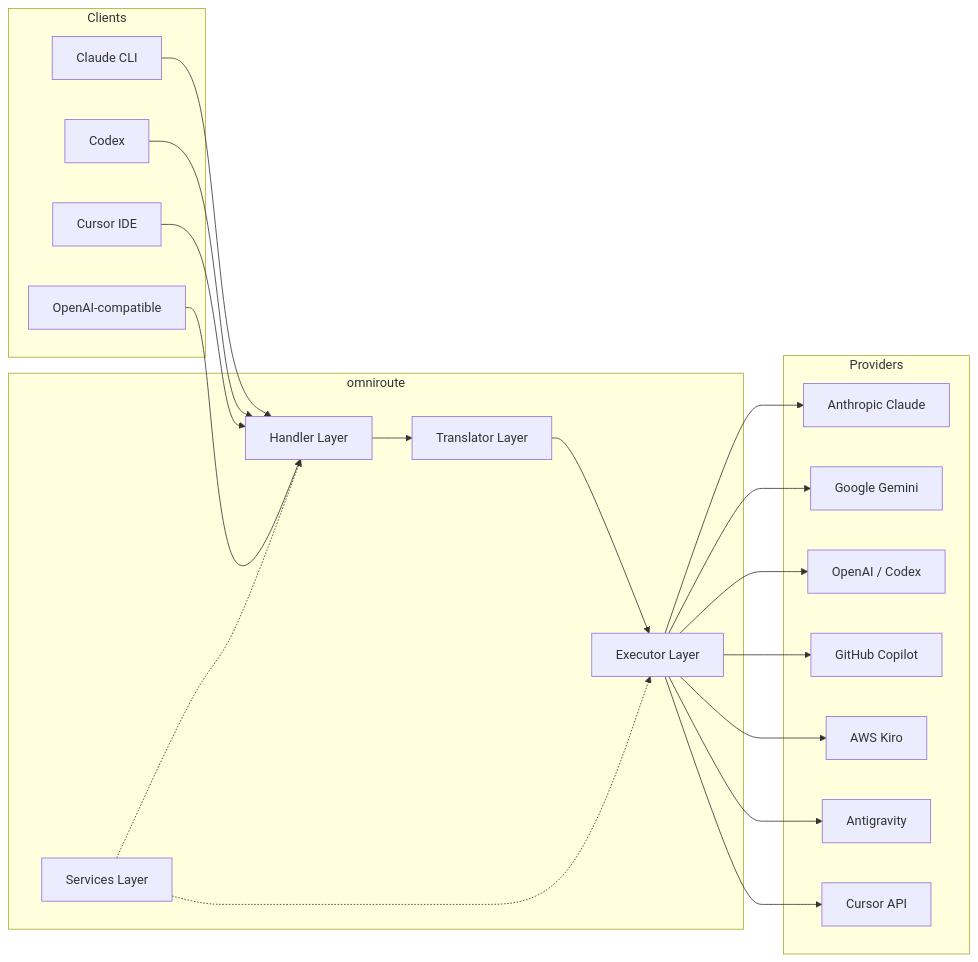
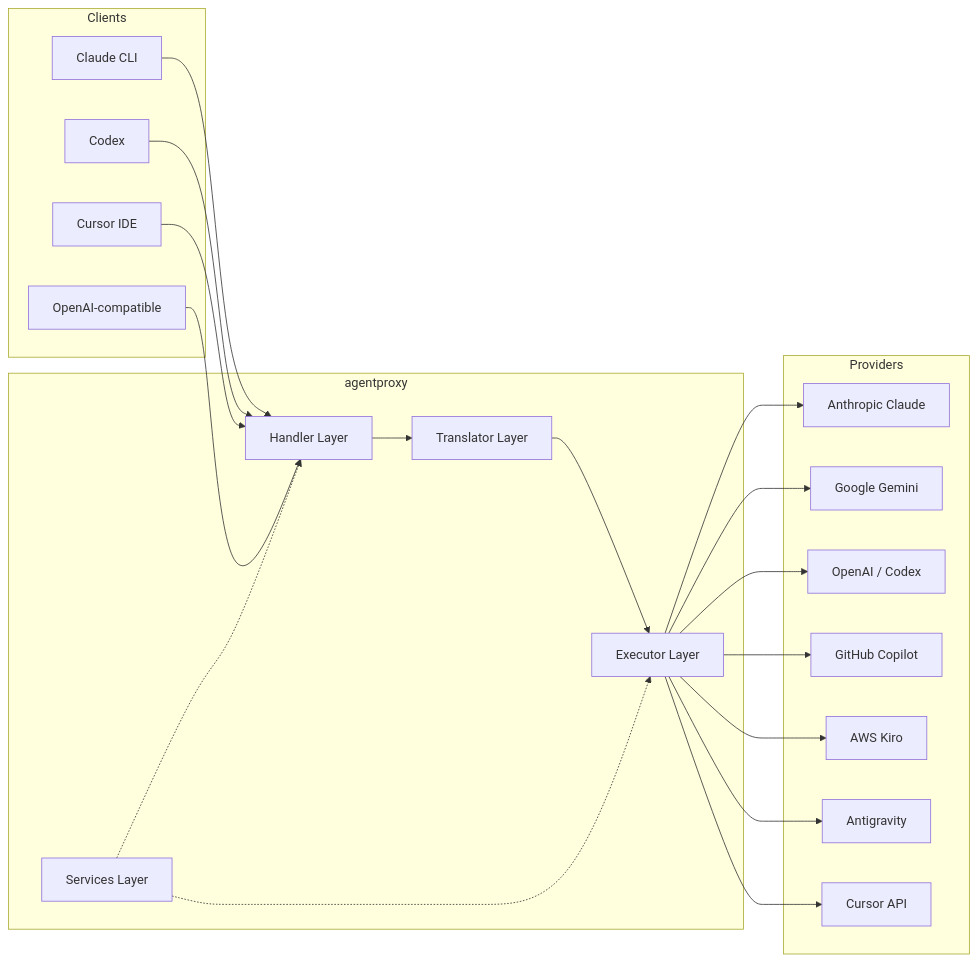
The first of 12 diagrams in docs/i18n/ar/docs/architecture/CODEBASE_DOCUMENTATION.md (khanhkit/AgentProxy), drawn with Mermaid before and after one commit. The commit also changed other lines of this file and 6043 other files, not shown here.

````diff
--- a/docs/i18n/ar/docs/architecture/CODEBASE_DOCUMENTATION.md
+++ b/docs/i18n/ar/docs/architecture/CODEBASE_DOCUMENTATION.md
@@ -23,42 +23,42 @@
 ```mermaid
 graph LR
     subgraph Clients
         A[Claude CLI]
         B[Codex]
         C[Cursor IDE]
         D[OpenAI-compatible]
     end
 
-    subgraph omniroute
+    subgraph agentproxy
         E[Handler Layer]
         F[Translator Layer]
         G[Executor Layer]
         H[Services Layer]
     end
 
     subgraph Providers
         I[Anthropic Claude]
         J[Google Gemini]
         K[OpenAI / Codex]
         L[GitHub Copilot]
         M[AWS Kiro]
         N[Antigravity]
         O[Cursor API]
     end
 
     A --> E
     B --> E
     C --> E
     D --> E
     E --> F
     F --> G
     G --> I
     G --> J
     G --> K
     G --> L
     G --> M
     G --> N
     G --> O
     H -.-> E
     H -.-> G
 ```
````
